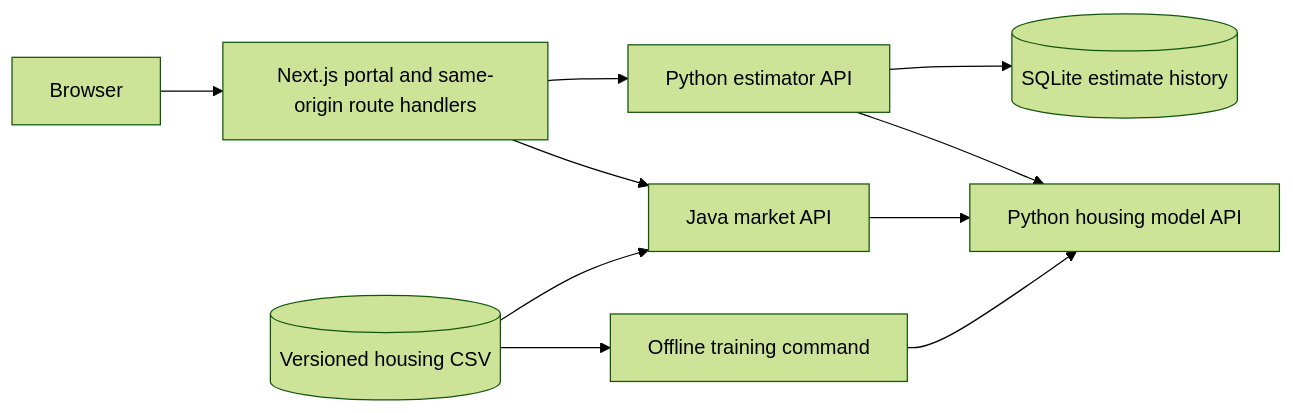
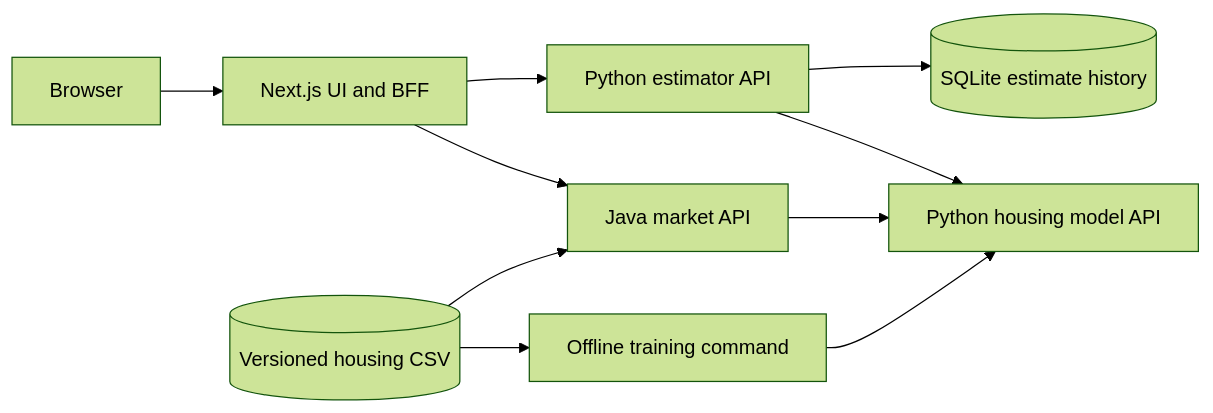
The diagram in docs/architecture-overview.md (adam0x01/housing-analytics-portal), drawn with Mermaid (forest theme) before and after one commit. The commit also changed other lines of this file and 12 other files, not shown here.

````diff
--- a/docs/architecture-overview.md
+++ b/docs/architecture-overview.md
@@ -5,12 +7,12 @@
 ```mermaid
 flowchart LR
-    Browser[Browser] --> Web[Next.js portal and same-origin route handlers]
+    Browser[Browser] --> Web[Next.js UI and BFF]
     Web --> Estimator[Python estimator API]
     Web --> Market[Java market API]
     Estimator --> Model[Python housing model API]
     Estimator --> History[(SQLite estimate history)]
     Market --> Model
     Training[Offline training command] --> Model
     Data[(Versioned housing CSV)] --> Training
     Data --> Market
 ```
````
